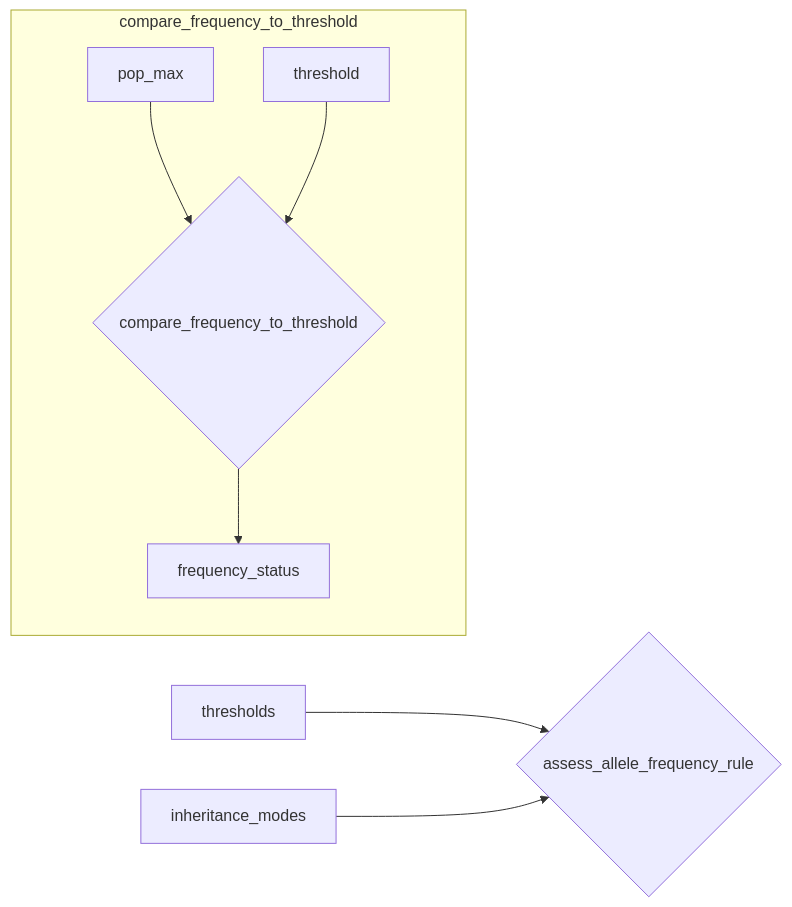
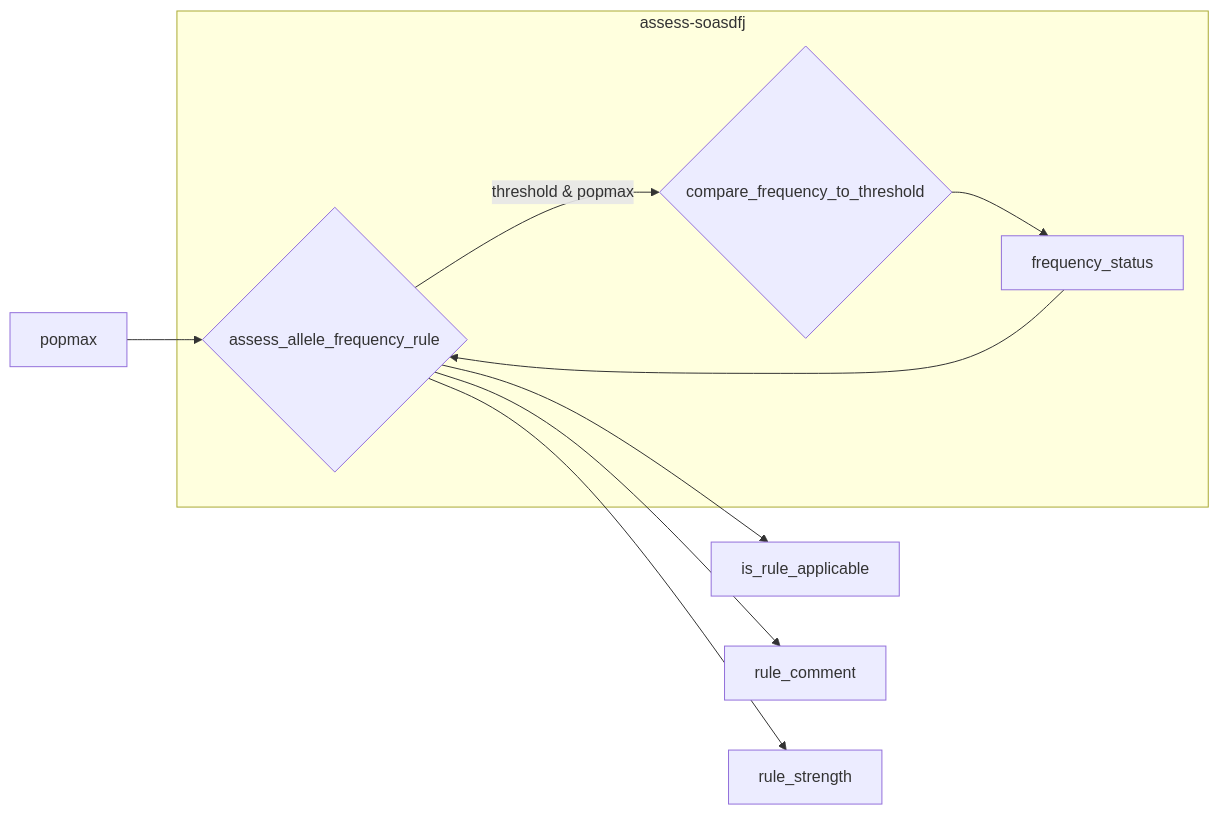
One commit to akatzke/HerediClassify changed the fifth of 30 diagrams in Software_design/Mermaid.org. Above: the diagram before and after it, drawn with Mermaid. The commit also changed other lines of this file and 8 other files, not shown here.

```diff
--- a/Software_design/Mermaid.org
+++ b/Software_design/Mermaid.org
@@ -104,10 +111,12 @@
 #+begin_src mermaid :file allele_frequency_rules.png
 flowchart LR
-   thresholds --> aaf
-   inheritance_modes --> aaf{assess_allele_frequency_rule}
-   subgraph compare_frequency_to_threshold
-   pop_max --> cft
-   threshold --> cft{compare_frequency_to_threshold}
-   cft --> frequency_status
+   popmax --> aaf{assess_allele_frequency_rule}
+   subgraph assess-soasdfj
+   cft{compare_frequency_to_threshold} --> ft[frequency_status]
+   aaf -->|threshold & popmax| cft
+   ft --> aaf
    end
+   aaf --> is_rule_applicable
+   aaf --> rule_comment
+   aaf --> rule_strength
 #+end_src
```
